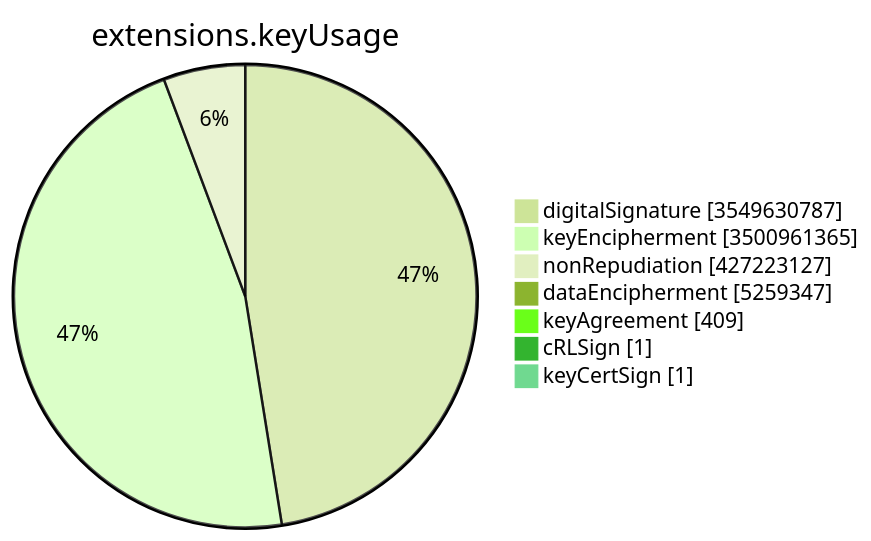
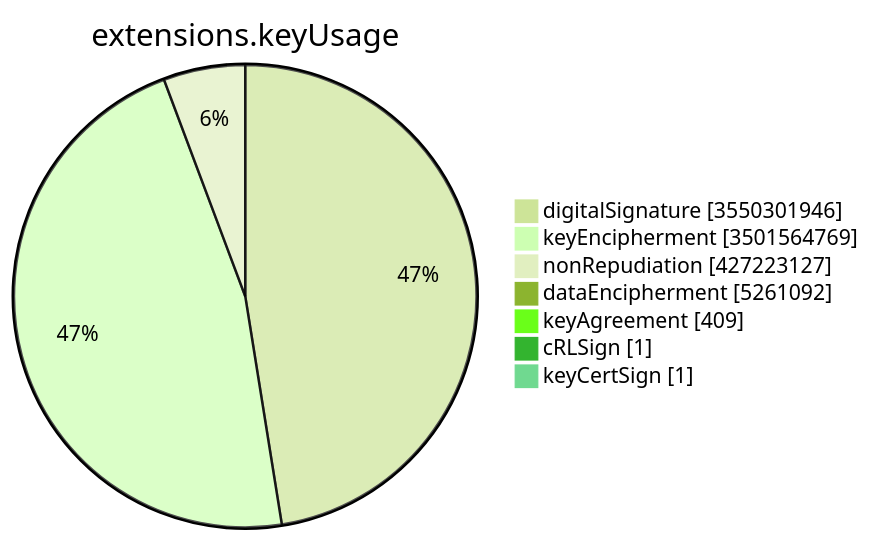
Before and after one commit to christiankrug/ctmonitor_visualization: the sixth of 15 diagrams in TOTAL/README.md, drawn with Mermaid (forest theme). The commit also changed other lines of this file, not shown here.

````diff
--- a/TOTAL/README.md
+++ b/TOTAL/README.md
@@ -3083,11 +3083,11 @@
 ```mermaid
 pie showData
 title extensions.keyUsage
-"digitalSignature" :3549630787
-"keyEncipherment" :3500961365
+"digitalSignature" :3550301946
+"keyEncipherment" :3501564769
 "nonRepudiation" :427223127
-"dataEncipherment" :5259347
+"dataEncipherment" :5261092
 "keyAgreement" :409
 "cRLSign" :1
 "keyCertSign" :1
 ```
````
